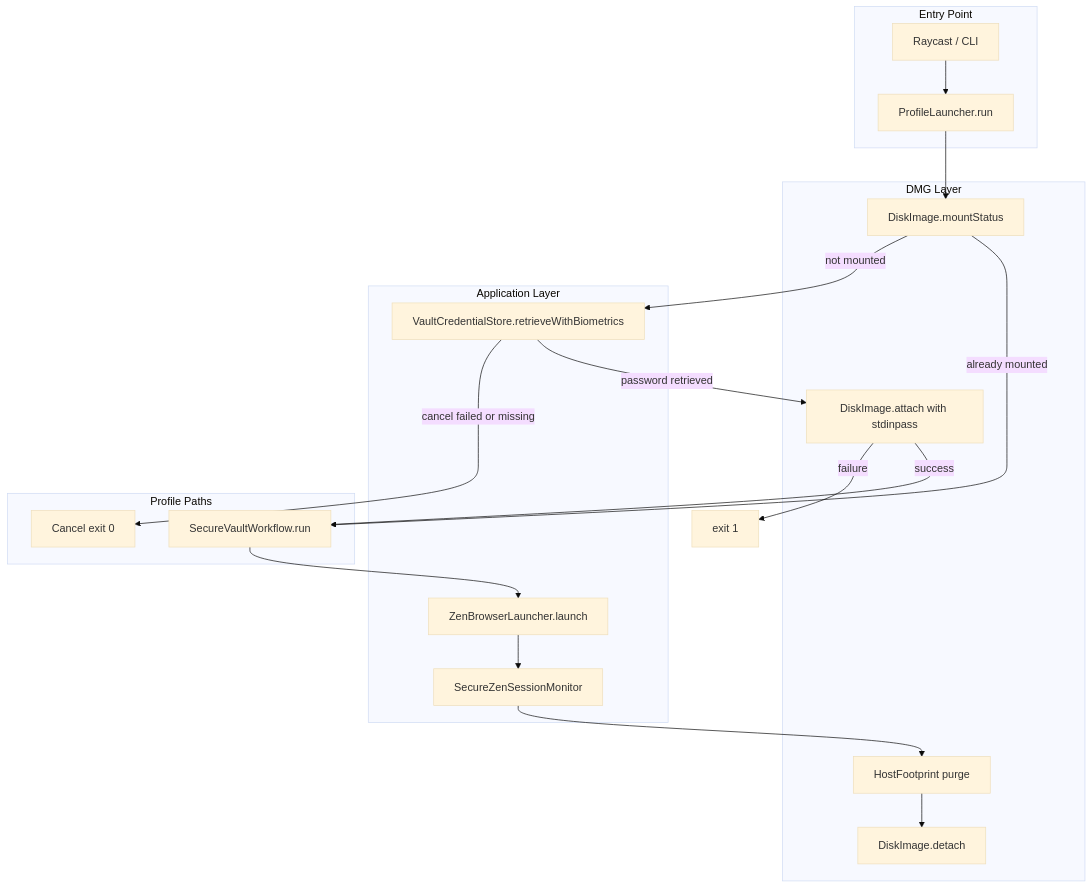
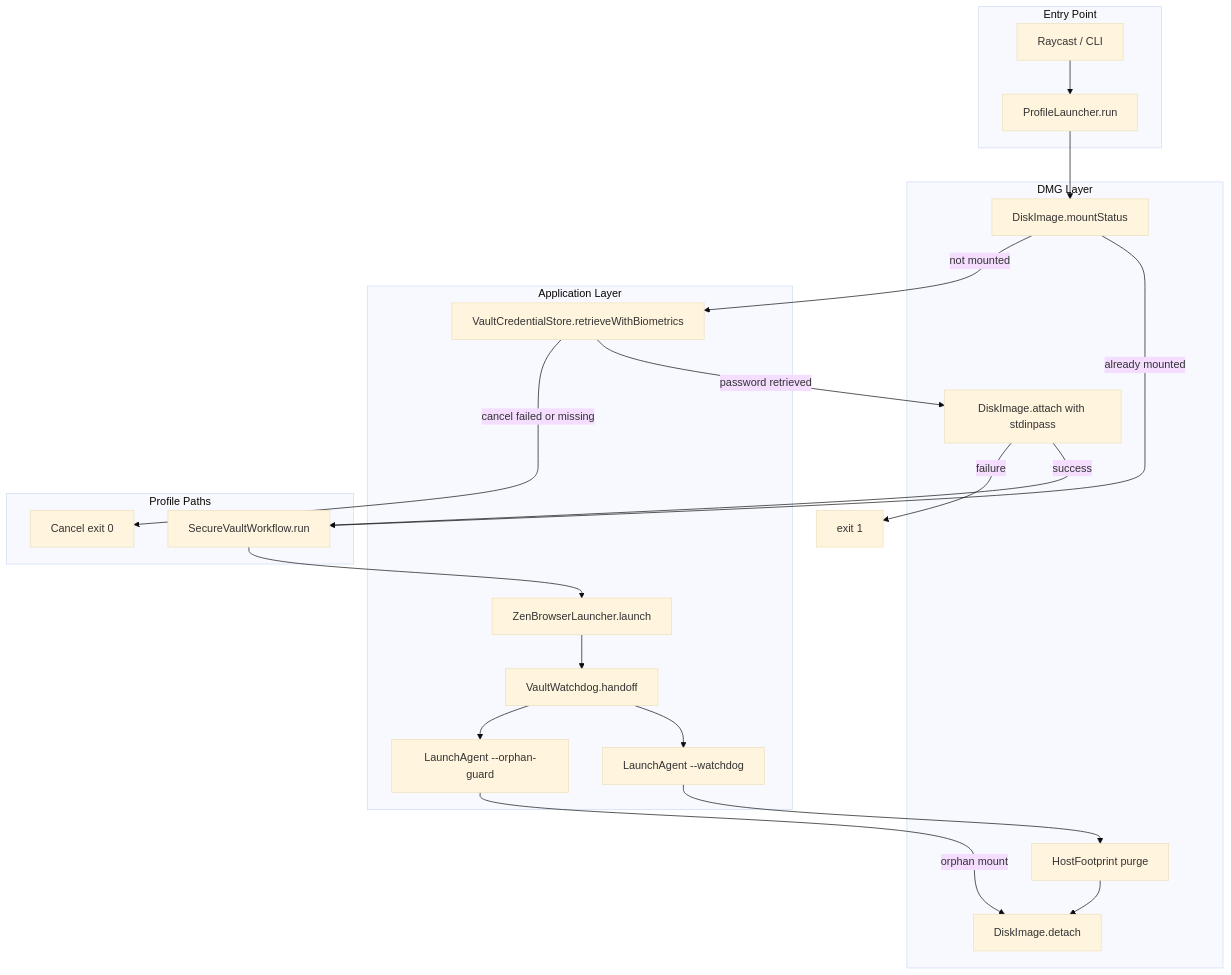
Before and after one commit to Johann-Goncalves-Pereira/Raycast: the first of 6 diagrams in პროფილი/README.md, drawn with Mermaid (base theme). The commit also changed other lines of this file and 17 other files, not shown here.

First line of the commit message:
Fix 🔒: Harden encrypted Zen vault and Omnibar Zen focus (#21)

````diff
--- a/პროფილი/README.md
+++ b/პროფილი/README.md
@@ -27,38 +27,43 @@
 ```mermaid
 flowchart TB
     subgraph entry [Entry Point]
         Raycast[Raycast / CLI]
         Run[ProfileLauncher.run]
     end
 
     subgraph dmg [DMG Layer]
         CheckMount[DiskImage.mountStatus]
         Mount[DiskImage.attach with stdinpass]
         Footprint[HostFootprint purge]
         Eject[DiskImage.detach]
     end
 
     subgraph apps [Application Layer]
         Keychain[VaultCredentialStore.retrieveWithBiometrics]
         Zen[ZenBrowserLauncher.launch]
-        Monitor[SecureZenSessionMonitor]
+        Handoff[VaultWatchdog.handoff]
+        Watchdog[LaunchAgent --watchdog]
+        Orphan[LaunchAgent --orphan-guard]
     end
 
     subgraph profiles [Profile Paths]
         Secure[SecureVaultWorkflow.run]
         Abort[Cancel exit 0]
     end
 
     Raycast --> Run
     Run --> CheckMount
     CheckMount -->|already mounted| Secure
     CheckMount -->|not mounted| Keychain
     Keychain -->|password retrieved| Mount
     Keychain -->|cancel failed or missing| Abort
     Mount -->|success| Secure
     Mount -->|failure| ExitFail[exit 1]
     Secure --> Zen
-    Zen --> Monitor
-    Monitor --> Footprint
+    Zen --> Handoff
+    Handoff --> Watchdog
+    Handoff --> Orphan
+    Watchdog --> Footprint
     Footprint --> Eject
+    Orphan -->|orphan mount| Eject
 ```
````
